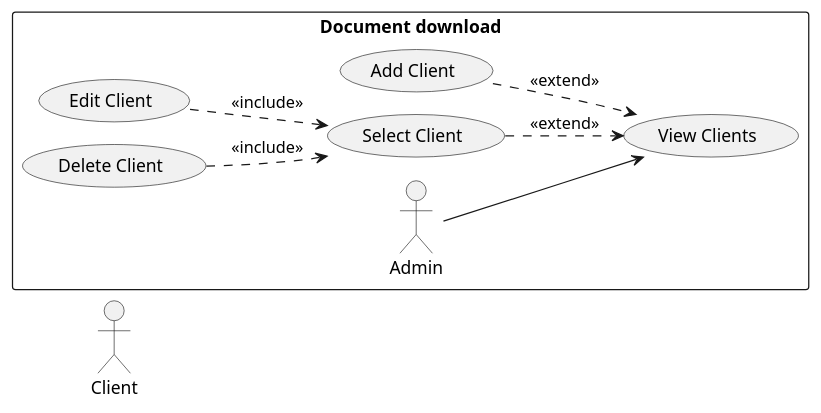
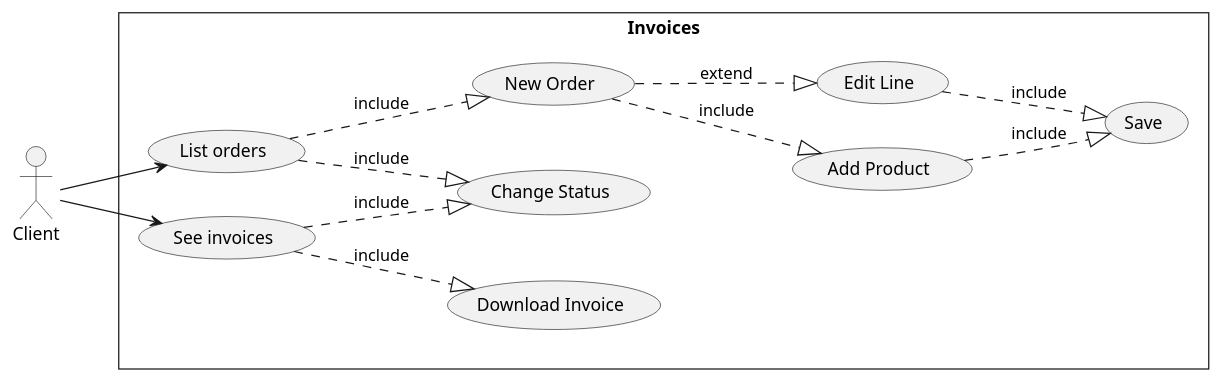
One commit to thevirag0/angular_repaso changed the diagram in repaso_v_front/src/diagrams/useCaseDia.puml. Above: the diagram before and after it, drawn with PlantUML. The commit also changed 1 other file, not shown here.

Commit message:
Diagrama casos de uso listo

```diff
--- a/repaso_v_front/src/diagrams/useCaseDia.puml
+++ b/repaso_v_front/src/diagrams/useCaseDia.puml
@@ -1,23 +1,32 @@
-@startuml 
+@startuml UseCases_Invoices
 
-!pragma layout smetana
+skinparam style strictuml
 left to right direction
-actor "Client" as Client
 
-rectangle "Document download" {
-    
-    usecase "View Clients" as view
-    usecase "Select Client" as select
-    usecase "Add Client" as add
-    usecase "Edit Client" as edit
-    usecase "Delete Client" as delete
+actor Client as C
 
-    Admin --> view 
-    select ..>  view : <<extend>> 
-    edit ..> select : <<include>>
-    add ..> view : <<extend>>
-    delete ..> select : <<include>>
-
+rectangle "Invoices" {
+    usecase "List orders" as LOrd
+    usecase "See invoices" as SInv
+    usecase "New Order" as NewOrd
+    usecase "Add Product" as AddProd
+    usecase "Edit Line" as ELine
+    usecase "Save" as Save
+    usecase "Change Status" as ChStatus
+    usecase "Download Invoice" as DPdf
 }
 
+C --> LOrd
+C --> SInv
+
+LOrd ..|> NewOrd : include
+LOrd ..|> ChStatus : include
+NewOrd ..|> AddProd : include
+NewOrd ..|> ELine : extend
+AddProd ..|> Save : include
+ELine ..|> Save : include
+
+SInv ..|> ChStatus : include
+SInv ..|> DPdf : include
+
 @enduml
```
